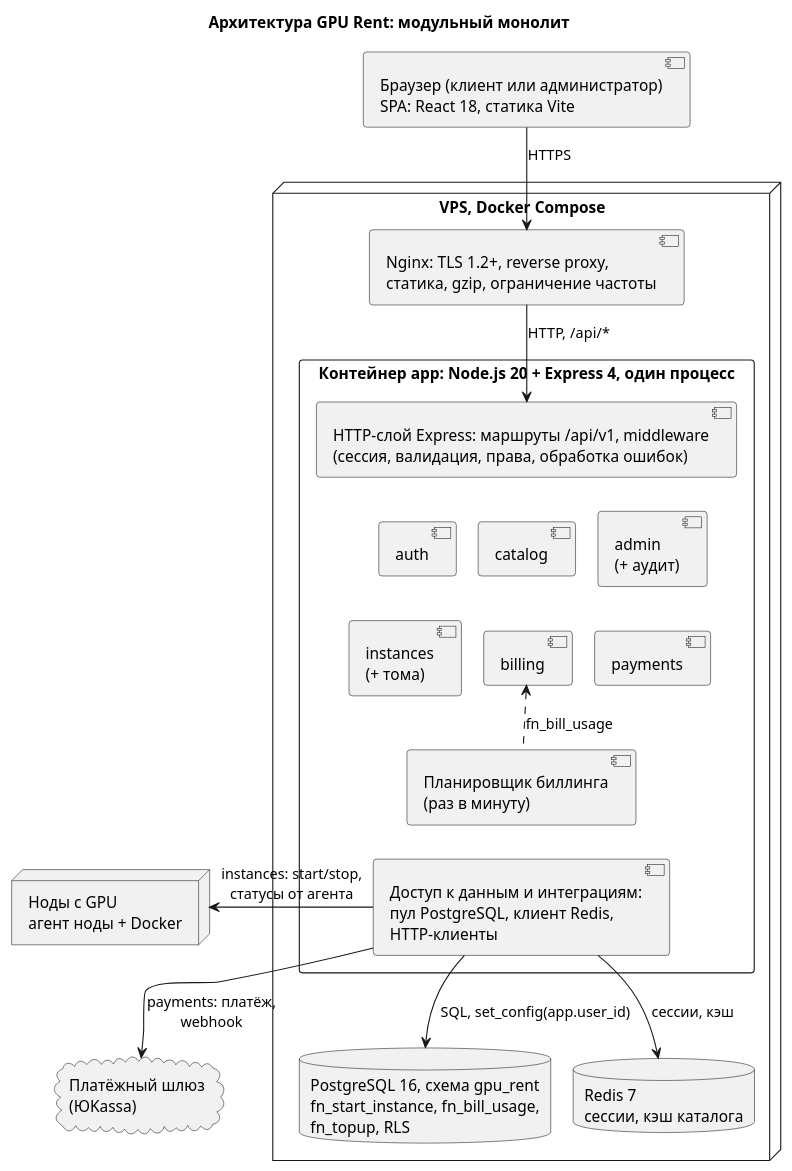
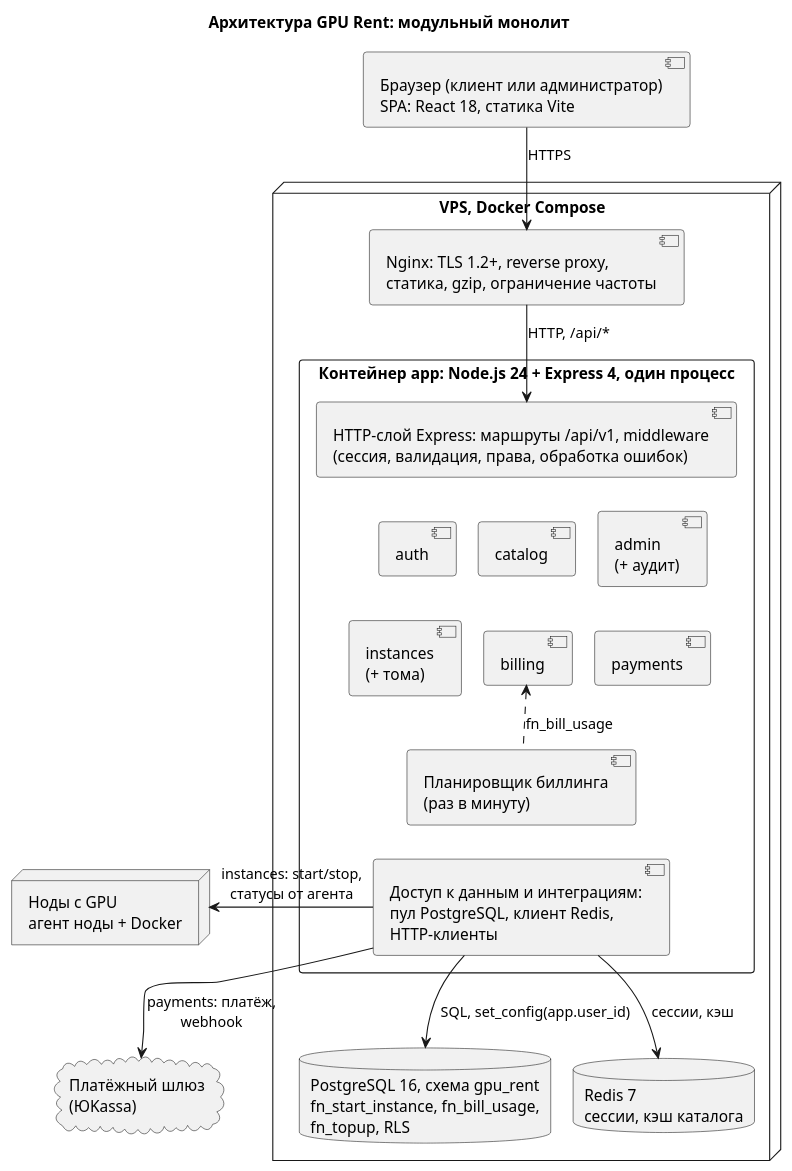
Before and after one commit to hosjpps/gpu-rent: the diagram in docs/diagrams/src/pr2-architecture.puml, drawn with PlantUML. The commit also changed 16 other files, not shown here.

```diff
--- a/docs/diagrams/src/pr2-architecture.puml
+++ b/docs/diagrams/src/pr2-architecture.puml
@@ -1,65 +1,65 @@
 @startuml pr2-architecture
 skinparam monochrome true
 skinparam shadowing false
 skinparam defaultFontSize 14
 skinparam roundcorner 6
 skinparam packageStyle rectangle
 skinparam ArrowFontSize 13
 skinparam nodesep 20
 skinparam ranksep 30
 skinparam componentStyle uml2
 skinparam dpi 100
 
 title Архитектура GPU Rent: модульный монолит
 
 component "Браузер (клиент или администратор)\nSPA: React 18, статика Vite" as BROWSER
 
 node "VPS, Docker Compose" as VPS {
   component "Nginx: TLS 1.2+, reverse proxy,\nстатика, gzip, ограничение частоты" as NGINX
 
-  package "Контейнер app: Node.js 20 + Express 4, один процесс" as APP {
+  package "Контейнер app: Node.js 24 + Express 4, один процесс" as APP {
     component "HTTP-слой Express: маршруты /api/v1, middleware\n(сессия, валидация, права, обработка ошибок)" as HTTP
     component "auth" as M_AUTH
     component "catalog" as M_CAT
     component "admin\n(+ аудит)" as M_ADM
     component "instances\n(+ тома)" as M_INST
     component "billing" as M_BILL
     component "payments" as M_PAY
     component "Планировщик биллинга\n(раз в минуту)" as SCHED
     component "Доступ к данным и интеграциям:\nпул PostgreSQL, клиент Redis,\nHTTP-клиенты" as DL
 
     HTTP -[hidden]down- M_AUTH
     HTTP -[hidden]down- M_CAT
     HTTP -[hidden]down- M_ADM
     M_AUTH -[hidden]right- M_CAT
     M_CAT -[hidden]right- M_ADM
     M_INST -[hidden]right- M_BILL
     M_BILL -[hidden]right- M_PAY
     M_AUTH -[hidden]down- M_INST
     M_CAT -[hidden]down- M_BILL
     M_ADM -[hidden]down- M_PAY
     M_BILL -[hidden]down- SCHED
     SCHED .up.> M_BILL : fn_bill_usage
     SCHED -[hidden]down- DL
     M_INST -[hidden]down- DL
     M_PAY -[hidden]down- DL
   }
 
   database "PostgreSQL 16, схема gpu_rent\nfn_start_instance, fn_bill_usage,\nfn_topup, RLS" as PG
   database "Redis 7\nсессии, кэш каталога" as REDIS
 }
 
 node "Ноды с GPU\nагент ноды + Docker" as NODES
 cloud "Платёжный шлюз\n(ЮKassa)" as GATE
 
 BROWSER -down-> NGINX : HTTPS
 NGINX -down-> HTTP : HTTP, /api/*
 DL -down-> PG : SQL, set_config(app.user_id)
 DL -down-> REDIS : сессии, кэш
 DL -right-> NODES : instances: start/stop,\nстатусы от агента
 DL -right-> GATE : payments: платёж,\nwebhook
 
 PG -[hidden]right- REDIS
 NODES -[hidden]down- GATE
 
 @enduml
```
